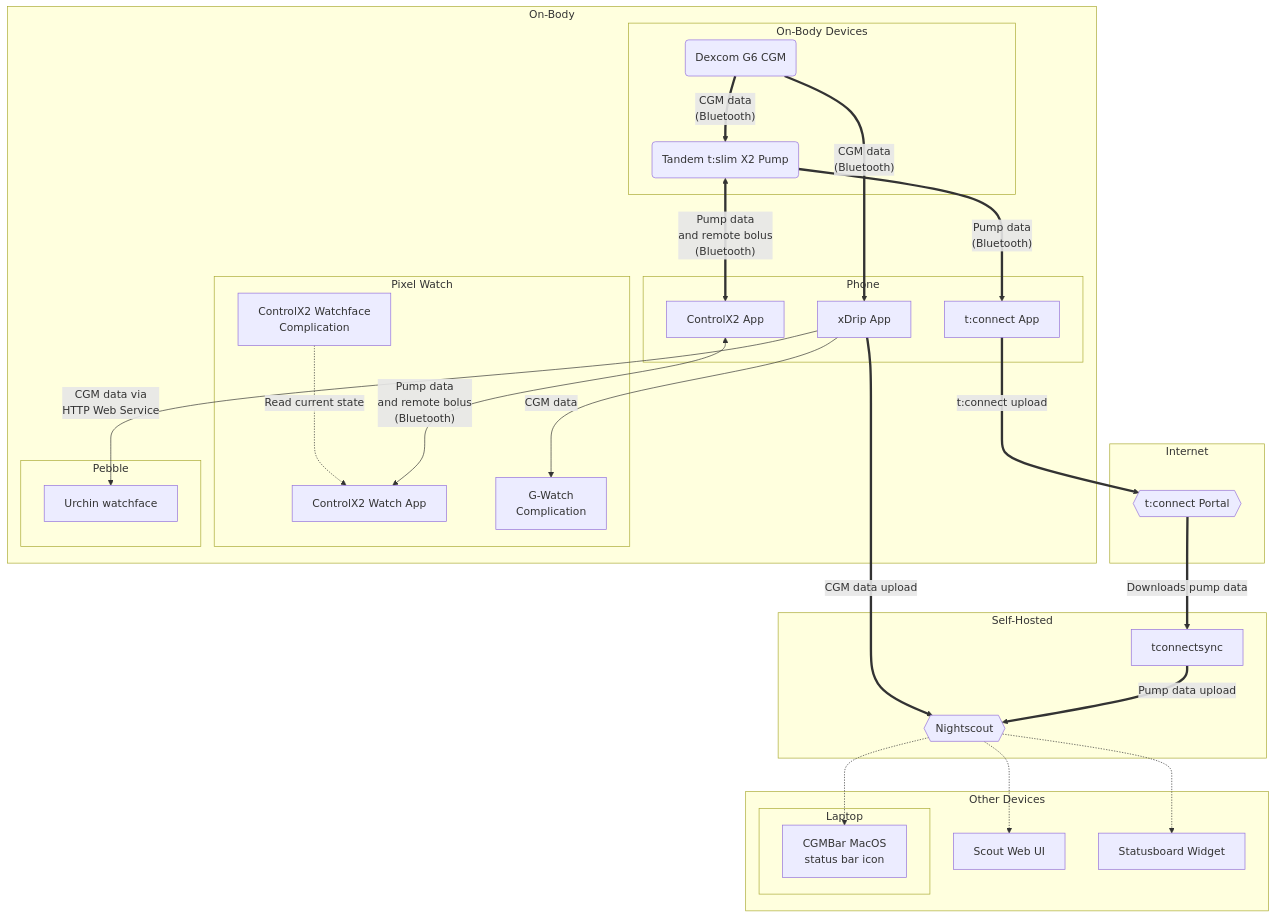
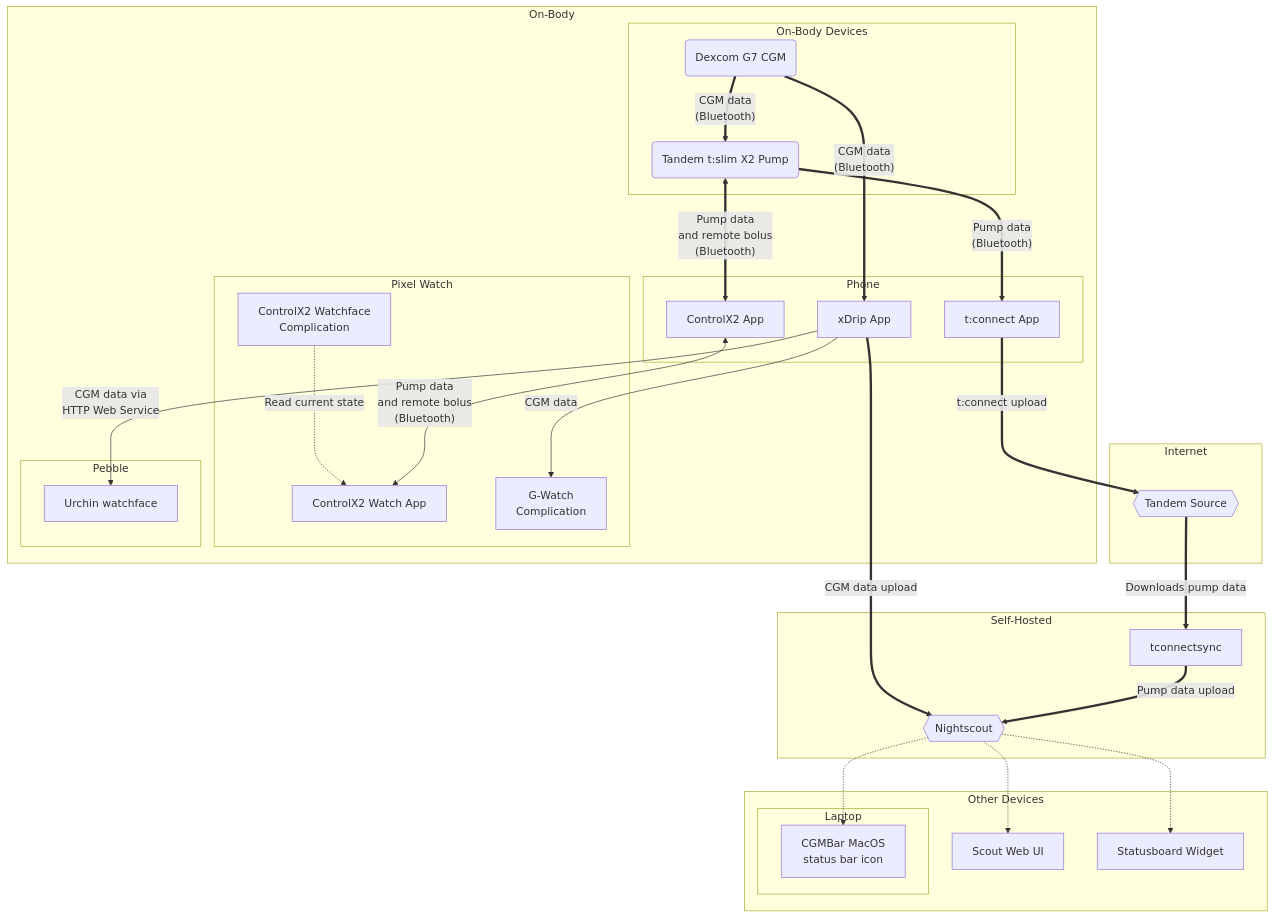
One commit to jwoglom/architecture-diagram changed the diagram in diabetes.mermaid. Above: the diagram before and after it, drawn with Mermaid. The commit also changed 1 other file, not shown here.

Commit message:
G6>G7, tconnect>Source

```diff
--- a/diabetes.mermaid
+++ b/diabetes.mermaid
@@ -1,84 +1,84 @@
 graph TD
     subgraph "On-Body"
         subgraph "On-Body Devices"
-            CGM(Dexcom G6 CGM)
+            CGM(Dexcom G7 CGM)
             PUMP(Tandem t:slim X2 Pump)
 
             CGM ==>|"CGM data<br>(Bluetooth)"| PUMP
         end
 
         subgraph Phone
             XDRIP[xDrip App]
             TCONNECTANDROID[t:connect App]
             CONTROLX2[ControlX2 App]
             click XDRIP "http://github.com/nightscoutfoundation/xdrip"
             click CONTROLX2 "http://github.com/jwoglom/controlX2"
 
             CGM ===>|"CGM data<br>(Bluetooth)"| XDRIP
             
 
             PUMP ==>|"Pump data<br>(Bluetooth)"| TCONNECTANDROID
             PUMP <==>|"Pump data<br>and remote bolus<br>(Bluetooth)"| CONTROLX2
         end
 
         subgraph "Pixel Watch"
             CONTROLX2WATCH["ControlX2 Watch App"]
             CONTROLX2COMPLICATION["ControlX2 Watchface<br>Complication"]
             XDRIPCOMPLICATION["G-Watch<br>Complication"]
 
             click CONTROLX2WATCH "http://github.com/jwoglom/controlX2"
             click CONTROLX2COMPLICATION "http://github.com/jwoglom/controlX2"
             click XDRIPCOMPLICATION "https://play.google.com/store/apps/details?id=sk.trupici.gwatch.wear"
 
             XDRIP -->|"CGM data"| XDRIPCOMPLICATION
 
             CONTROLX2COMPLICATION -.->|Read current state| CONTROLX2WATCH
             CONTROLX2 <-->|"Pump data<br>and remote bolus<br>(Bluetooth)"| CONTROLX2WATCH
         end
 
 
         subgraph Pebble
             PEBBLE["Urchin watchface"]
             click PEBBLE "https://github.com/jwoglom/urchin-cgm"
             XDRIP -->|CGM data via<br>HTTP Web Service| PEBBLE
         end
     end
 
     subgraph Internet
-        TCONNECTPORTAL{{t:connect Portal}}
-        click TCONNECTPORTAL "https://tconnect.tandemdiabetes.com/"
+        TCONNECTPORTAL{{Tandem Source}}
+        click TCONNECTPORTAL "https://source.tandemdiabetes.com/"
 
         TCONNECTANDROID ==>|t:connect upload| TCONNECTPORTAL
     end
 
     subgraph Self-Hosted
         NIGHTSCOUT{{Nightscout}}
         TCONNECTSYNC[tconnectsync]
         click NIGHTSCOUT "https://github.com/nightscout/cgm-remote-monitor"
         click TCONNECTSYNC "https://github.com/jwoglom/tconnectsync"
 
         XDRIP ==>|CGM data upload| NIGHTSCOUT
 
         TCONNECTPORTAL ==>|Downloads pump data| TCONNECTSYNC
         TCONNECTSYNC ==>|Pump data upload| NIGHTSCOUT
     end
 
     subgraph "Other Devices"
         subgraph Laptop
             CGMBAR[CGMBar MacOS<br>status bar icon]
 
             click CGMBAR "https://github.com/jwoglom/cgmbar"
 
             NIGHTSCOUT -.-> CGMBAR
         end
 
         SCOUT[Scout Web UI]
         STATUSBOARD[Statusboard Widget]
 
         click SCOUT "https://github.com/jwoglom/scout"
         click STATUSBOARD "https://github.com/jwoglom/statusboard"
 
         NIGHTSCOUT -.-> SCOUT
         NIGHTSCOUT -.-> STATUSBOARD
 
     end
```
